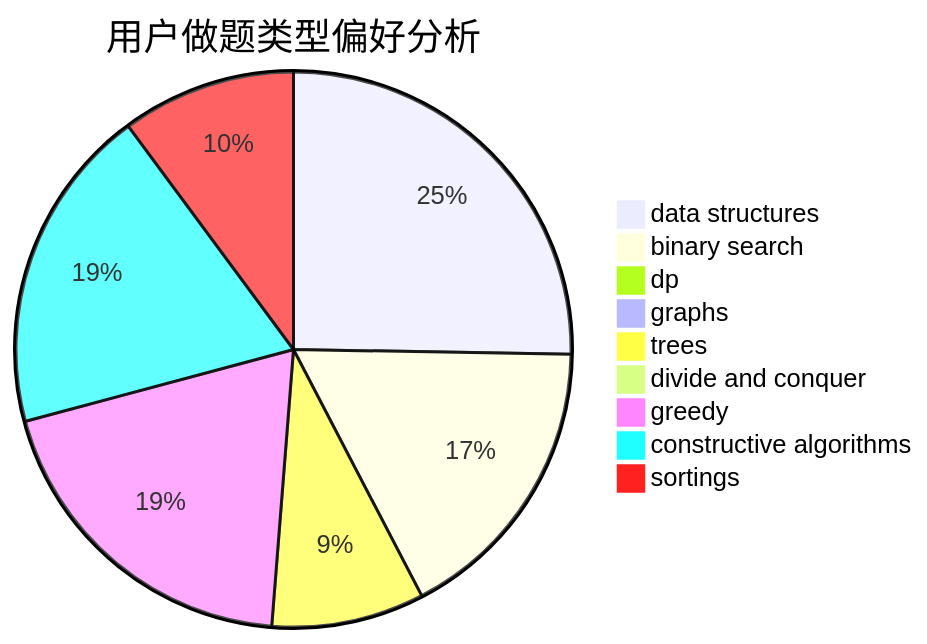
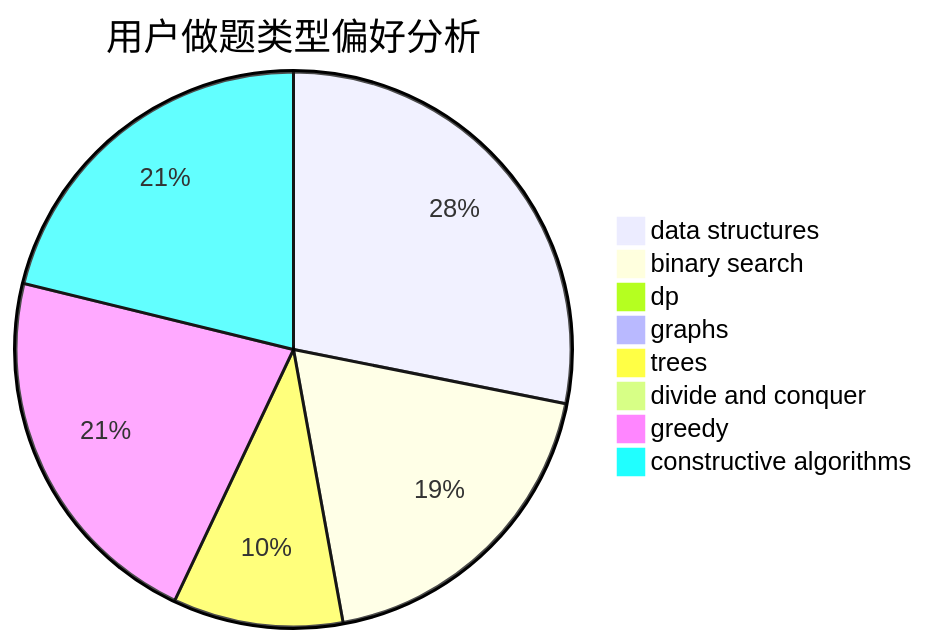
The second of 3 diagrams in docs/user/u568.md (sherpahu/cfrs.github.io), drawn with Mermaid before and after one commit. The commit also changed other lines of this file and 2769 other files, not shown here.

````diff
--- a/docs/user/u568.md
+++ b/docs/user/u568.md
@@ -18,12 +18,11 @@
 ```mermaid
 pie title 用户做题类型偏好分析
     "data structures" :  182
     "binary search" :  123
     "dp" :  5
     "graphs" :  5
     "trees" :  64
     "divide and conquer" :  0
     "greedy" :  141
     "constructive algorithms" :  137
-    "sortings" :  73
 ```
````
